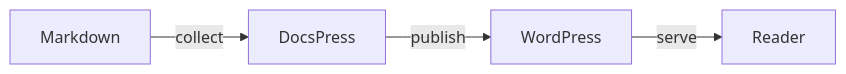
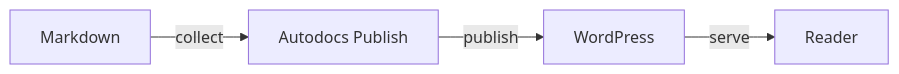
Before and after one commit to Automattic/docspress: the first of 2 diagrams in docs/reference/kitchen-sink.md, drawn with Mermaid. The commit also changed other lines of this file and 331 other files, not shown here.

Commit message:
Rename project to Autodocs Publish

````diff
--- a/docs/reference/kitchen-sink.md
+++ b/docs/reference/kitchen-sink.md
@@ -583,10 +583,10 @@
 ```mermaid
 flowchart LR
   n1["Markdown"]
-  n2["DocsPress"]
+  n2["Autodocs Publish"]
   n3["WordPress"]
   n4["Reader"]
   n1 -->|"collect"| n2
   n2 -->|"publish"| n3
   n3 -->|"serve"| n4
 ```
````
